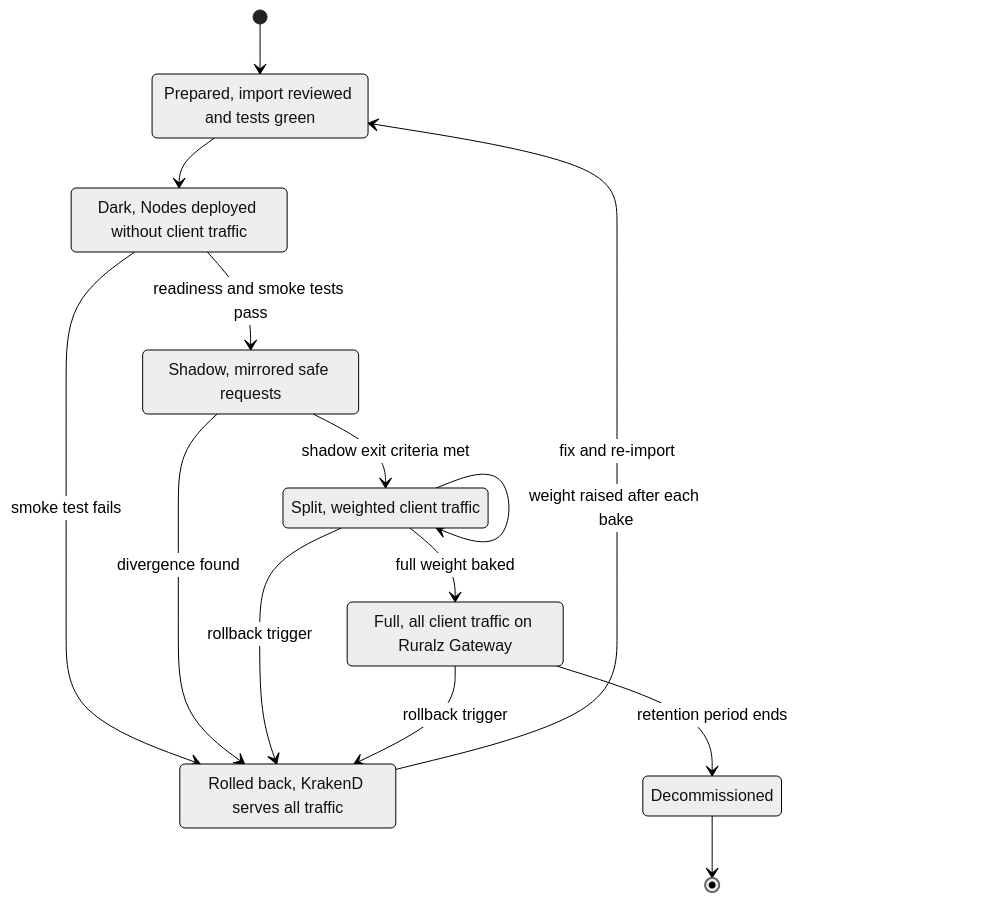
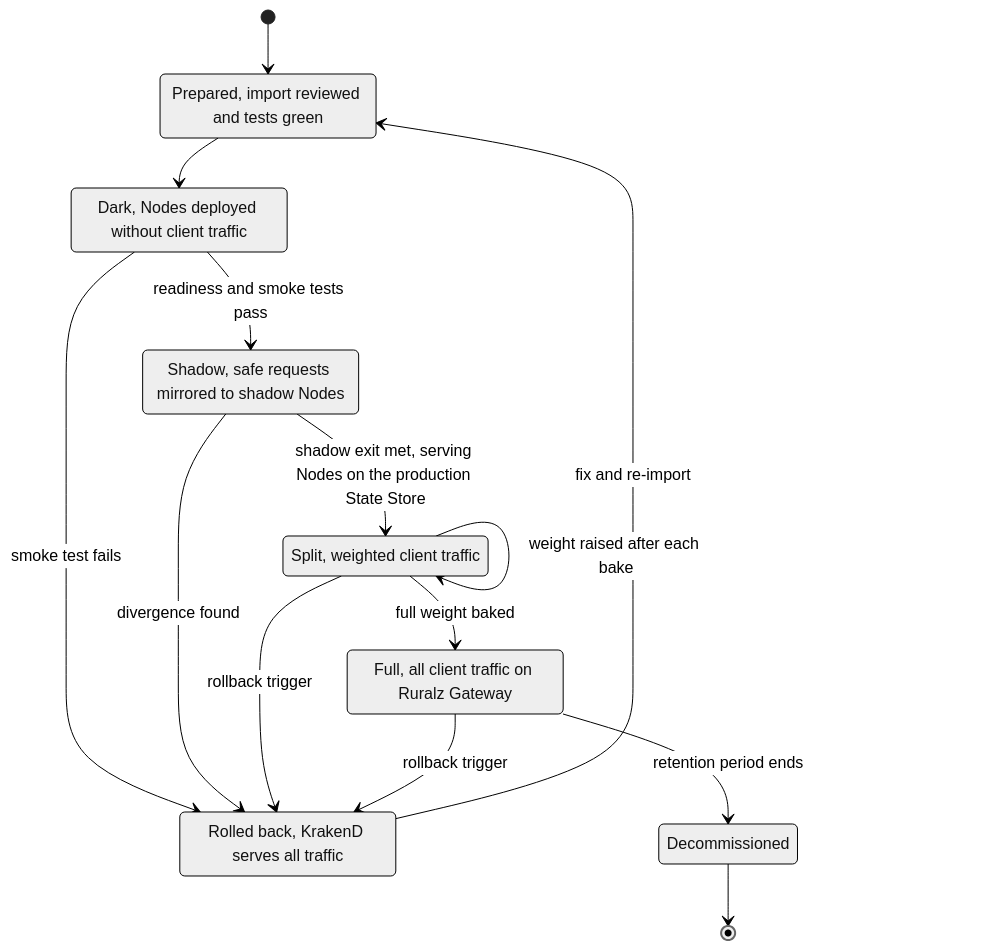
Before and after one commit to ravindu-rev/ruralz: the fourth of 4 diagrams in docs/comparison/03-migration-from-krakend.md, drawn with Mermaid (neutral theme). The commit also changed other lines of this file and 16 other files, not shown here.

````diff
--- a/docs/comparison/03-migration-from-krakend.md
+++ b/docs/comparison/03-migration-from-krakend.md
@@ -677,23 +685,23 @@
 ```mermaid
 stateDiagram-v2
     state "Prepared, import reviewed and tests green" as Prepared
     state "Dark, Nodes deployed without client traffic" as Dark
-    state "Shadow, mirrored safe requests" as Shadow
+    state "Shadow, safe requests mirrored to shadow Nodes" as Shadow
     state "Split, weighted client traffic" as Split
     state "Full, all client traffic on Ruralz Gateway" as Full
     state "Rolled back, KrakenD serves all traffic" as RolledBack
     state "Decommissioned" as Decom
     [*] --> Prepared
     Prepared --> Dark
     Dark --> Shadow: readiness and smoke tests pass
-    Shadow --> Split: shadow exit criteria met
+    Shadow --> Split: shadow exit met, serving Nodes on the production State Store
     Split --> Split: weight raised after each bake
     Split --> Full: full weight baked
     Full --> Decom: retention period ends
     Dark --> RolledBack: smoke test fails
     Shadow --> RolledBack: divergence found
     Split --> RolledBack: rollback trigger
     Full --> RolledBack: rollback trigger
     RolledBack --> Prepared: fix and re-import
     Decom --> [*]
 ```
````
